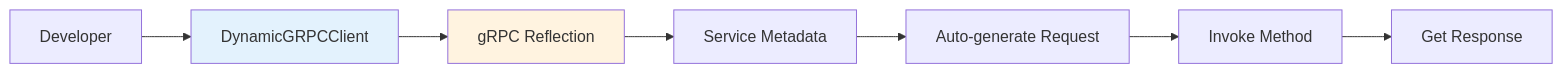
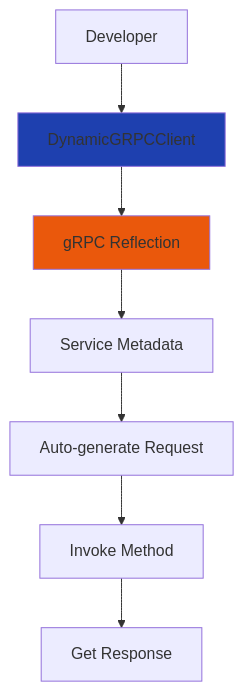
One commit to markolofsen/django-cfg changed the eighth of 8 diagrams in docs/features/integrations/grpc/concepts.md. Above: the diagram before and after it, drawn with Mermaid. The commit also changed other lines of this file and 10 other files, not shown here.

````diff
--- a/docs/features/integrations/grpc/concepts.md
+++ b/docs/features/integrations/grpc/concepts.md
@@ -465,12 +465,12 @@
 ```mermaid
-graph LR
+graph TB
     A[Developer] --> B[DynamicGRPCClient]
     B --> C[gRPC Reflection]
     C --> D[Service Metadata]
     D --> E[Auto-generate Request]
     E --> F[Invoke Method]
     F --> G[Get Response]
 
-    style B fill:#e3f2fd
-    style C fill:#fff3e0
+    style B fill:#1e40af
+    style C fill:#ea580c
 ```
````
